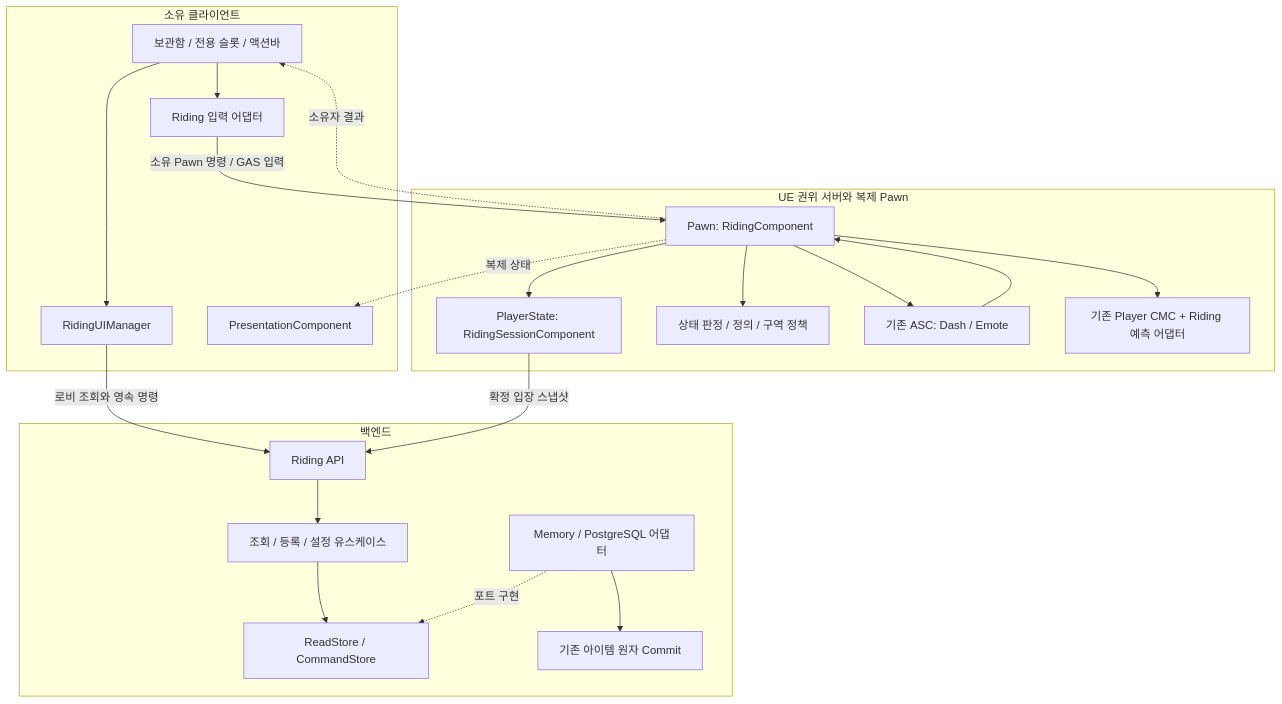
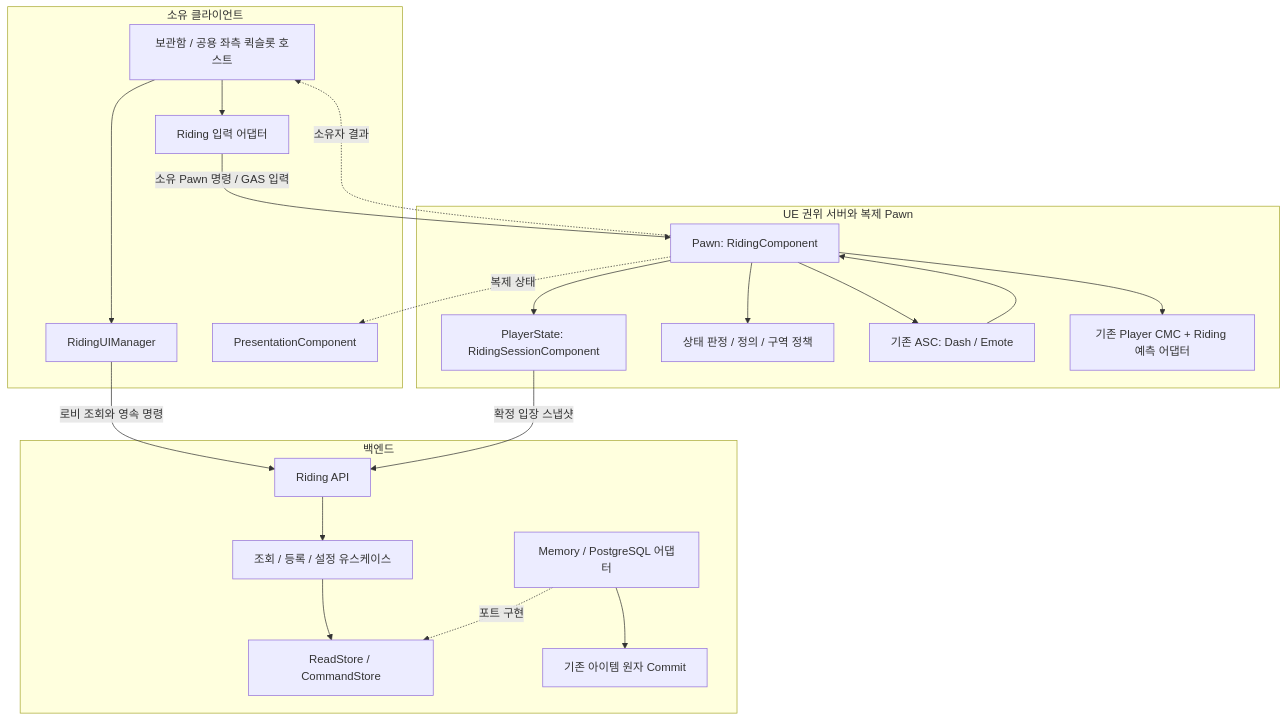
The first of 2 diagrams in Docs/RIDING_SYSTEM_ARCHITECTURE.md (dasfqww/Project_RPG), drawn with Mermaid before and after one commit. The commit also changed other lines of this file and 2 other files, not shown here.

````diff
--- a/Docs/RIDING_SYSTEM_ARCHITECTURE.md
+++ b/Docs/RIDING_SYSTEM_ARCHITECTURE.md
@@ -23,38 +23,38 @@
 ```mermaid
 flowchart TB
     subgraph Client[소유 클라이언트]
-        UI[보관함 / 전용 슬롯 / 액션바]
+        UI[보관함 / 공용 좌측 퀵슬롯 호스트]
         UIM[RidingUIManager]
         Input[Riding 입력 어댑터]
         View[PresentationComponent]
         UI --> UIM
         UI --> Input
     end
     subgraph UE[UE 권위 서버와 복제 Pawn]
         Session[PlayerState: RidingSessionComponent]
         State[Pawn: RidingComponent]
         Rules[상태 판정 / 정의 / 구역 정책]
         ASC[기존 ASC: Dash / Emote]
         Move[기존 Player CMC + Riding 예측 어댑터]
         State --> Session
         State --> Rules
         State --> ASC
         State --> Move
         ASC --> State
         State -. 복제 상태 .-> View
         State -. 소유자 결과 .-> UI
     end
     subgraph Backend[백엔드]
         API[Riding API]
         App[조회 / 등록 / 설정 유스케이스]
         Ports[ReadStore / CommandStore]
         Store[Memory / PostgreSQL 어댑터]
         Items[기존 아이템 원자 Commit]
         API --> App --> Ports
         Store -. 포트 구현 .-> Ports
         Store --> Items
     end
     Input -->|소유 Pawn 명령 / GAS 입력| State
     UIM -->|로비 조회와 영속 명령| API
     Session -->|확정 입장 스냅샷| API
 ```
````
